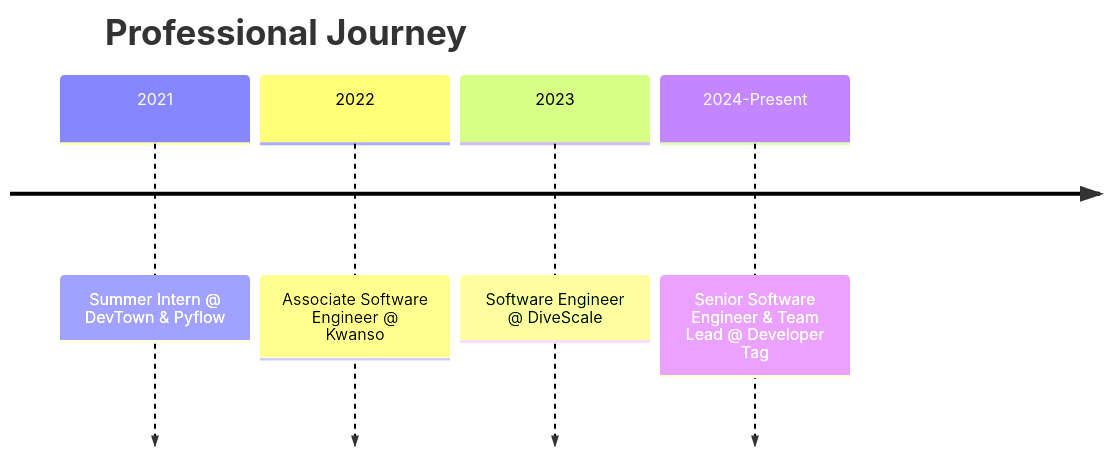
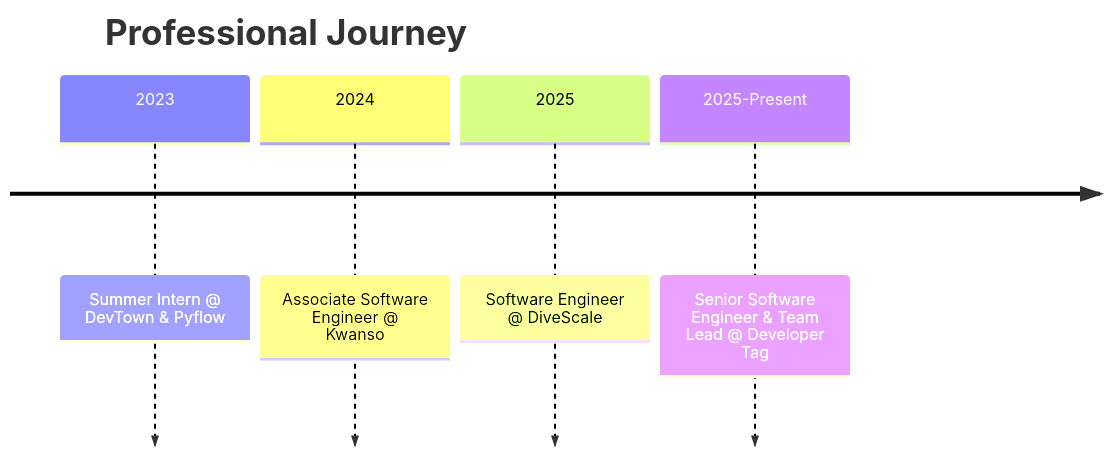
One commit to connect2abdulaziz/connect2abdulaziz changed the diagram in README.md. Above: the diagram before and after it, drawn with Mermaid.

`````diff
--- a/README.md
+++ b/README.md
@@ -84,8 +84,8 @@
 ```mermaid
 timeline
     title Professional Journey
-    2021 : Summer Intern @ DevTown & Pyflow
-    2022 : Associate Software Engineer @ Kwanso
-    2023 : Software Engineer @ DiveScale
-    2024-Present : Senior Software Engineer & Team Lead @ Developer Tag
+    2023 : Summer Intern @ DevTown & Pyflow
+    2024 : Associate Software Engineer @ Kwanso
+    2025 : Software Engineer @ DiveScale
+    2025-Present : Senior Software Engineer & Team Lead @ Developer Tag
 ````
`````
